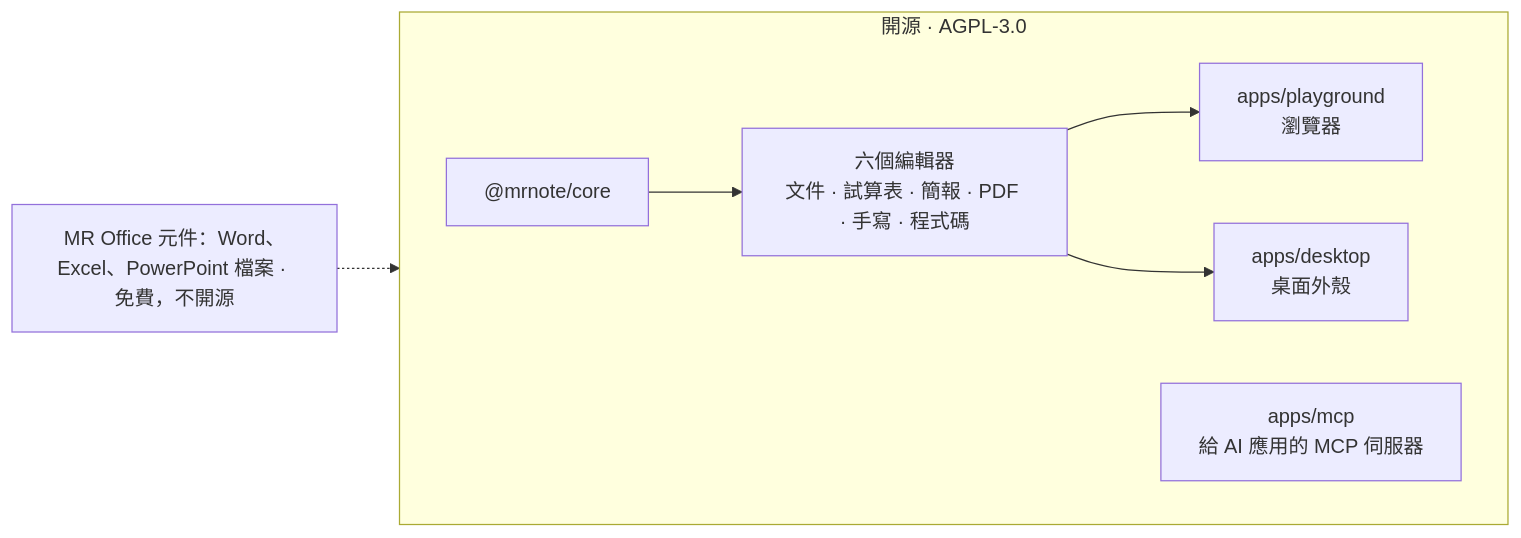
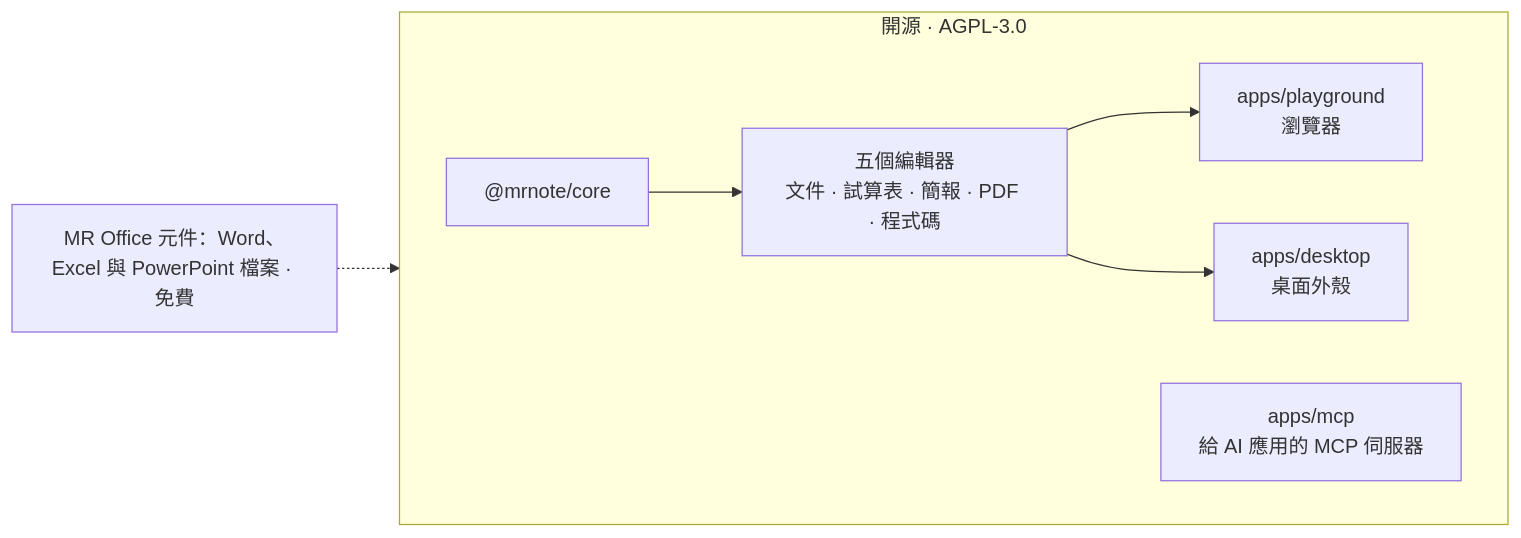
The diagram in i18n/README.zh-TW.md (WhaleChao/MROffice), drawn with Mermaid before and after one commit. The commit also changed other lines of this file and 621 other files, not shown here.

````diff
--- a/i18n/README.zh-TW.md
+++ b/i18n/README.zh-TW.md
@@ -130,11 +128,11 @@
 ```mermaid
 flowchart LR
   subgraph OSS["開源 · AGPL-3.0"]
     direction LR
-    core["@mrnote/core"] --> E["六個編輯器<br/>文件 · 試算表 · 簡報 · PDF · 手寫 · 程式碼"]
+    core["@mrnote/core"] --> E["五個編輯器<br/>文件 · 試算表 · 簡報 · PDF · 程式碼"]
     E --> PG["apps/playground<br/>瀏覽器"]
     E --> DS["apps/desktop<br/>桌面外殼"]
     MCP["apps/mcp<br/>給 AI 應用的 MCP 伺服器"]
   end
-  COMP["MR Office 元件：Word、Excel、PowerPoint 檔案 · 免費，不開源"] -.-> DS
+  COMP["MR Office 元件：Word、Excel 與 PowerPoint 檔案 · 免費"] -.-> DS
 ```
````
